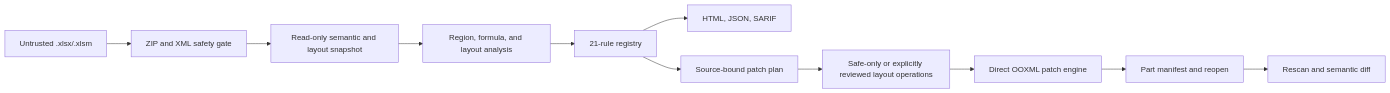
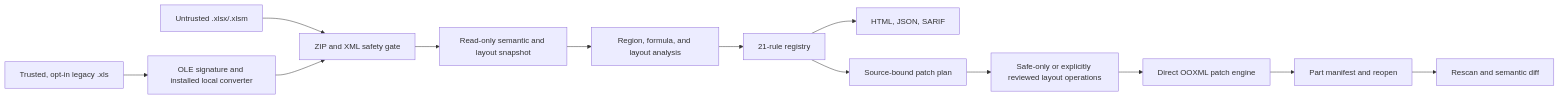
Before and after one commit to chenweixin123/workbooklens: the diagram in docs/architecture.md, drawn with Mermaid. The commit also changed other lines of this file and 25 other files, not shown here.

````diff
--- a/docs/architecture.md
+++ b/docs/architecture.md
@@ -10,13 +13,15 @@
 ```mermaid
 flowchart LR
     A["Untrusted .xlsx/.xlsm"] --> B["ZIP and XML safety gate"]
+    X["Trusted, opt-in legacy .xls"] --> Y["OLE signature and installed local converter"]
+    Y --> B
     B --> C["Read-only semantic and layout snapshot"]
     C --> D["Region, formula, and layout analysis"]
     D --> E["21-rule registry"]
     E --> F["HTML, JSON, SARIF"]
     E --> G["Source-bound patch plan"]
     G --> H["Safe-only or explicitly reviewed layout operations"]
     H --> I["Direct OOXML patch engine"]
     I --> J["Part manifest and reopen"]
     J --> K["Rescan and semantic diff"]
 ```
````
